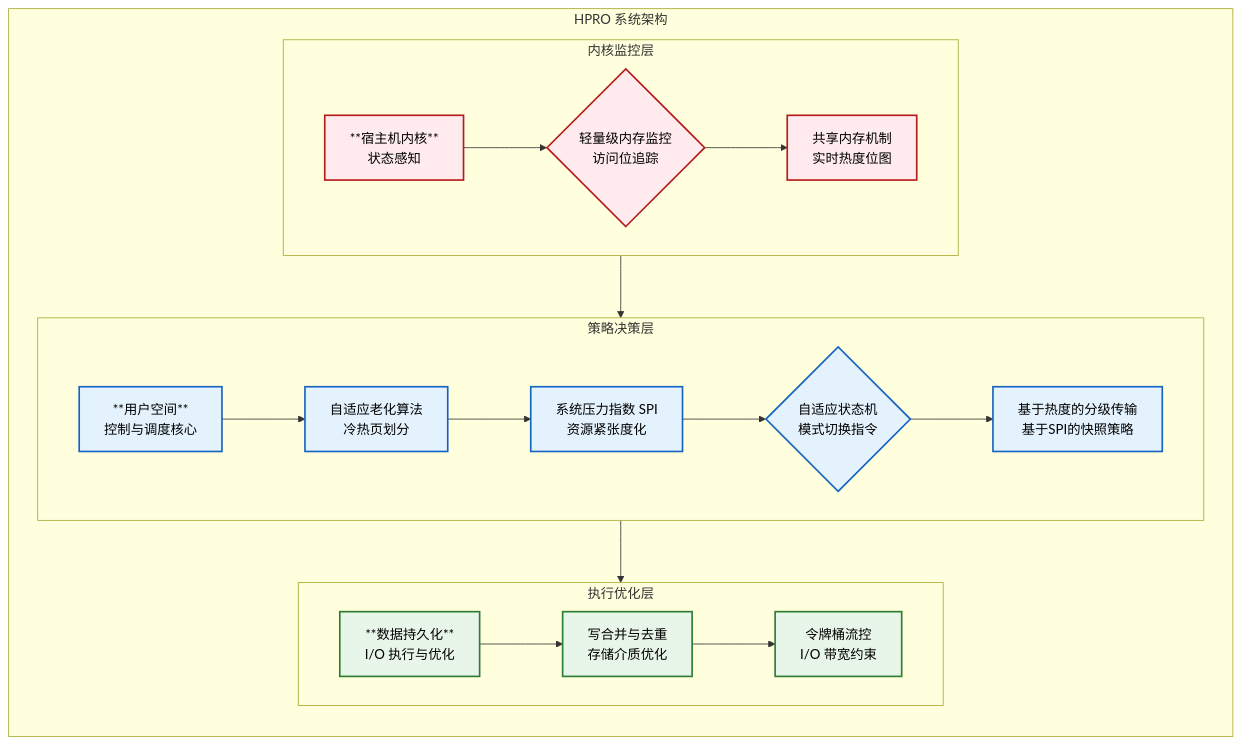
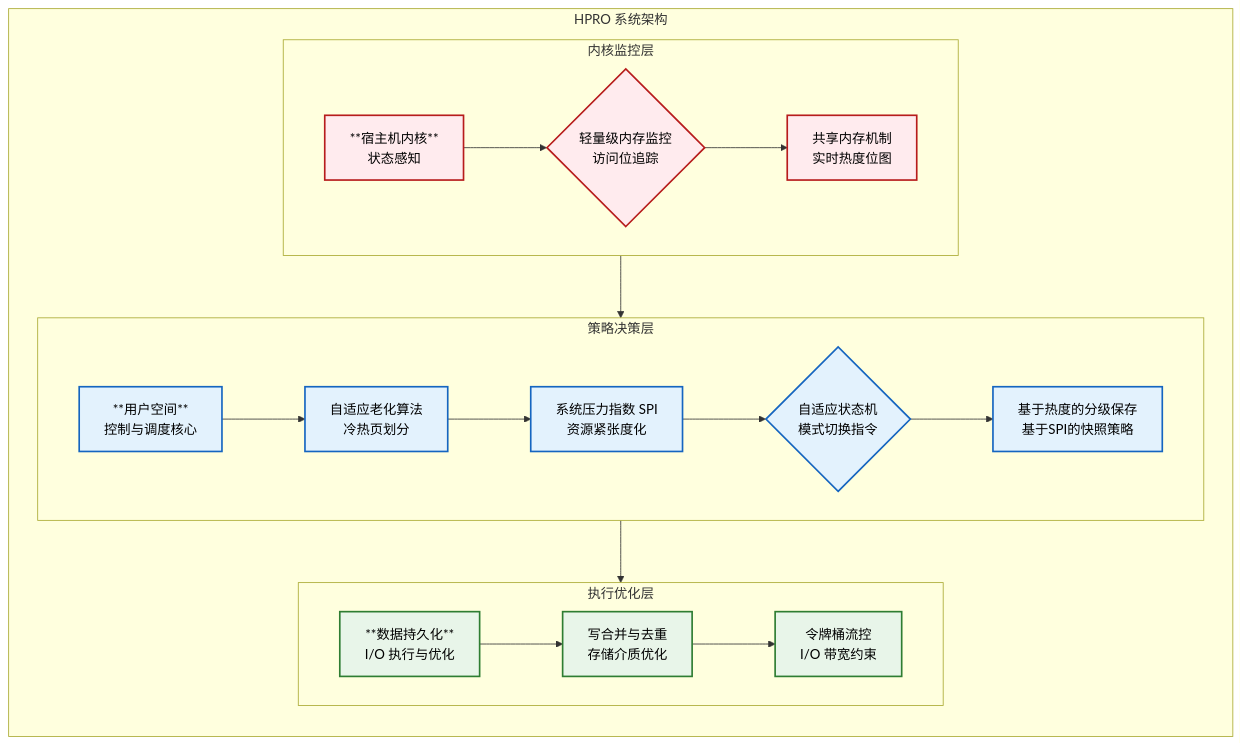
One commit to Soul-of-Sky/lunwen changed the diagram in figures/hpro.mmd. Above: the diagram before and after it, drawn with Mermaid. The commit also changed 19 other files, not shown here.

```diff
--- a/figures/hpro.mmd
+++ b/figures/hpro.mmd
@@ -1,47 +1,47 @@
 graph TB
     classDef guest fill:#e3f2fd,stroke:#1565c0,stroke-width:2px,color:#000;
     classDef kvm fill:#ffebee,stroke:#b71c1c,stroke-width:2px,color:#000;
     classDef hw fill:#e8f5e9,stroke:#2e7d32,stroke-width:2px,color:#000;
 
     subgraph HPRO 系统架构
         direction TB
 
         %% 垂直第一层: 内核监控层 (kvm color)
         subgraph 内核监控层
             direction LR
             KVM_Host_OS[**宿主机内核**<br>状态感知]:::kvm
             LMM{轻量级内存监控<br>访问位追踪}:::kvm
             SHM[共享内存机制<br>实时热度位图]:::kvm
             
             KVM_Host_OS --> LMM --> SHM
             
         end
 
         %% 垂直第二层: 策略决策层 (guest color)
         subgraph 策略决策层
             direction LR
             User_Space[**用户空间**<br>控制与调度核心]:::guest
             AAA[自适应老化算法<br>冷热页划分]:::guest
             SPI[系统压力指数 SPI<br>资源紧张度化]:::guest
             FSM{自适应状态机<br>模式切换指令}:::guest
-            DTE[基于热度的分级传输<br>基于SPI的快照策略]:::guest
+            DTE[基于热度的分级保存<br>基于SPI的快照策略]:::guest
             
             User_Space --> AAA --> SPI --> FSM --> DTE
             
         end
 
         %% 垂直第三层: 执行优化层 (hw color) - 仅保留Flash优化
         subgraph 执行优化层
             direction LR
             Data_Path[**数据持久化**<br>I/O 执行与优化]:::hw
             WM[写合并与去重<br>存储介质优化]:::hw
             TBF[令牌桶流控<br>I/O 带宽约束]:::hw
 
             Data_Path --> WM --> TBF
         end
 
         %% 仅保留层级关系的垂直连接
         内核监控层 --> 策略决策层
         策略决策层 --> 执行优化层
         
     end
```
